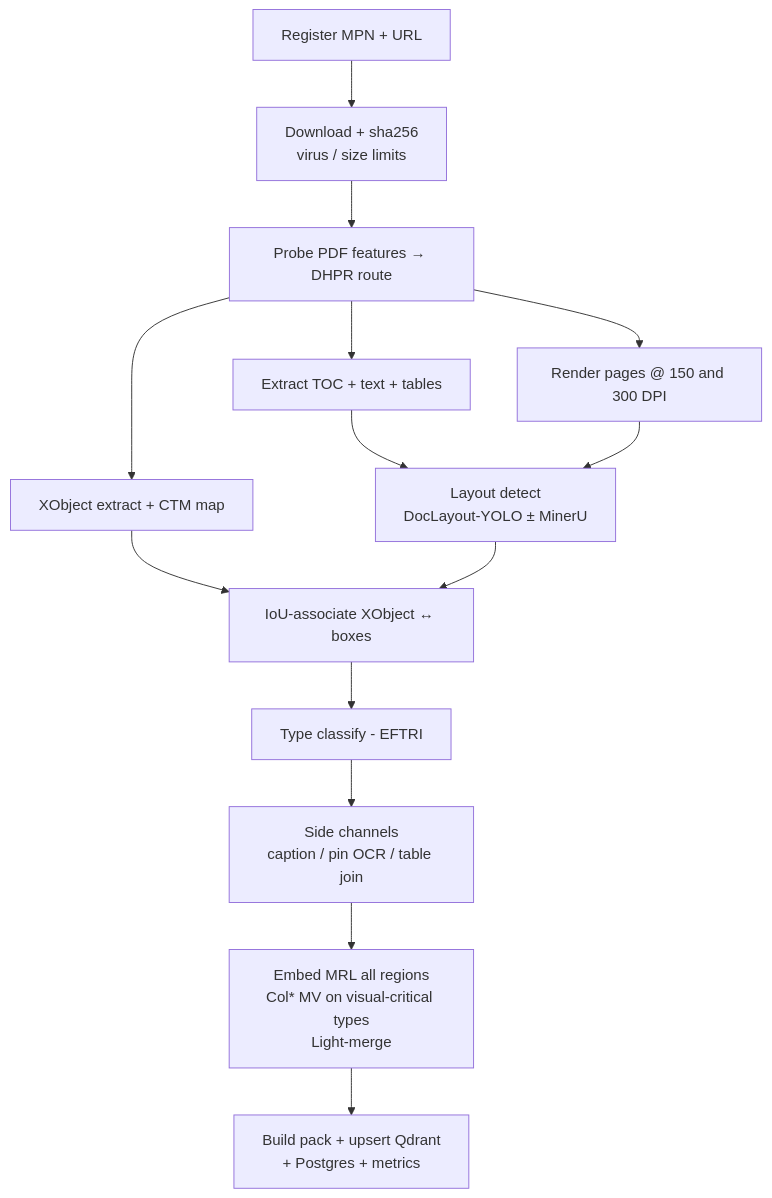
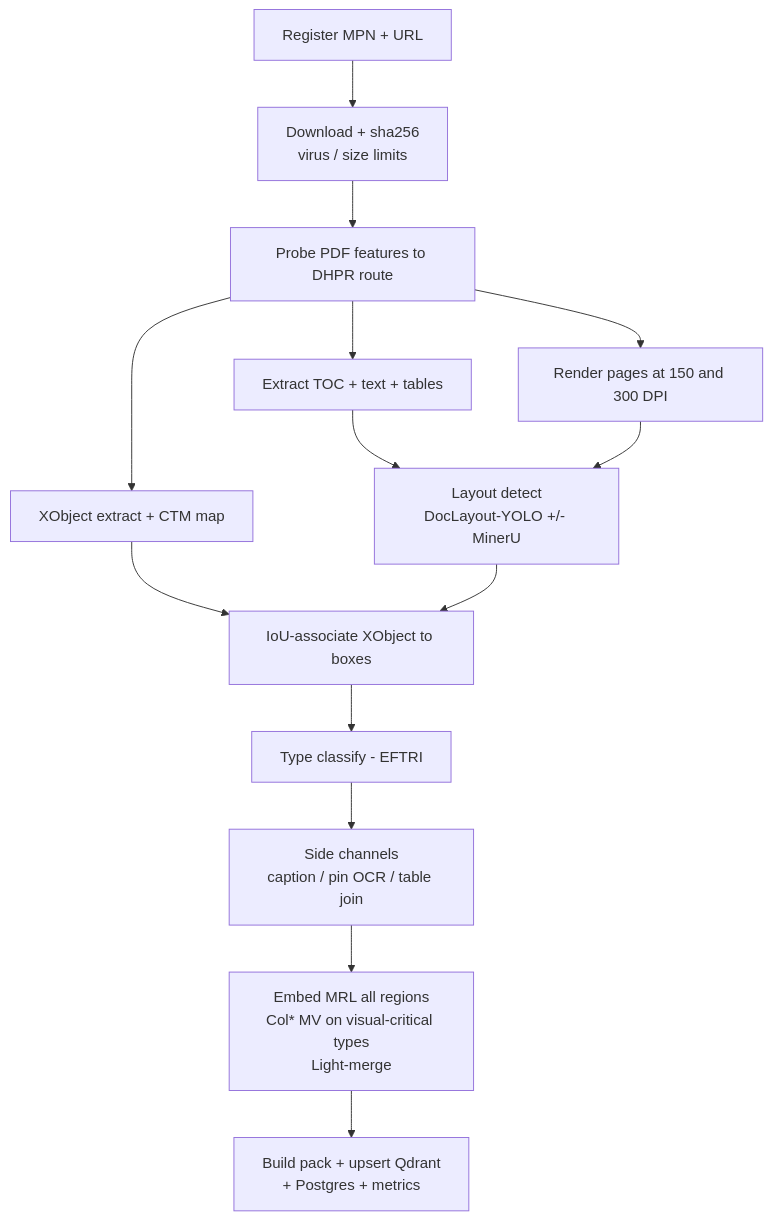
The fifth of 6 diagrams in docs/TECHNICAL_BIBLE.md (TokitoAI/tokito-dsvire), drawn with Mermaid before and after one commit. The commit also changed other lines of this file and 4 other files, not shown here.

First line of the commit message:
docs: public-facing rewrite and fix Mermaid IDs

````diff
--- a/docs/TECHNICAL_BIBLE.md
+++ b/docs/TECHNICAL_BIBLE.md
@@ -412,16 +369,16 @@
 ```mermaid
 flowchart TD
   reg[Register MPN + URL] --> dl[Download + sha256<br/>virus / size limits]
-  dl --> probe[Probe PDF features → DHPR route]
+  dl --> probe[Probe PDF features to DHPR route]
   probe --> toc[Extract TOC + text + tables]
-  probe --> render[Render pages @ 150 and 300 DPI]
+  probe --> render[Render pages at 150 and 300 DPI]
   probe --> xobj[XObject extract + CTM map]
-  toc --> layout[Layout detect<br/>DocLayout-YOLO ± MinerU]
+  toc --> layout[Layout detect<br/>DocLayout-YOLO +/- MinerU]
   render --> layout
-  xobj --> assoc[IoU-associate XObject ↔ boxes]
+  xobj --> assoc[IoU-associate XObject to boxes]
   layout --> assoc
   assoc --> typeCls[Type classify - EFTRI]
   typeCls --> side[Side channels<br/>caption / pin OCR / table join]
   side --> embed[Embed MRL all regions<br/>Col* MV on visual-critical types<br/>Light-merge]
   embed --> build[Build pack + upsert Qdrant<br/>+ Postgres + metrics]
 ```
````
